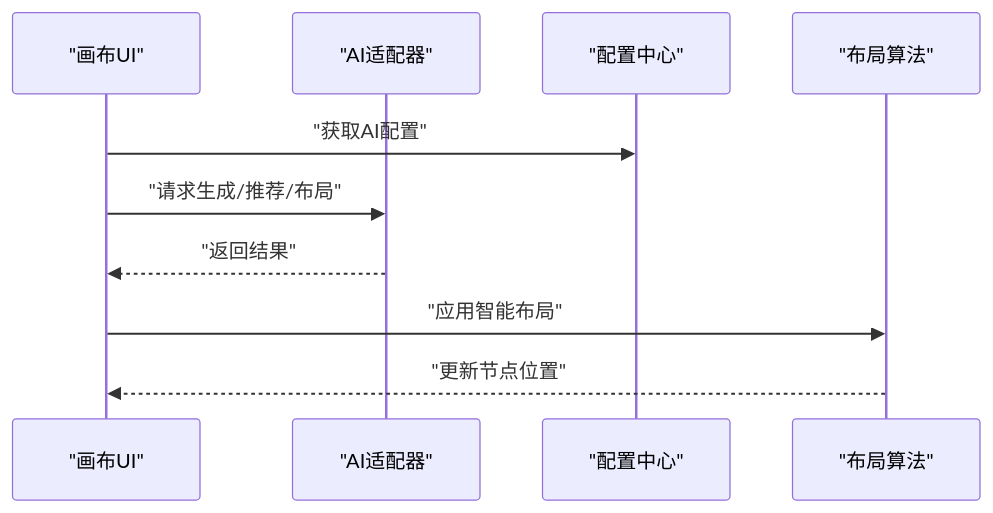
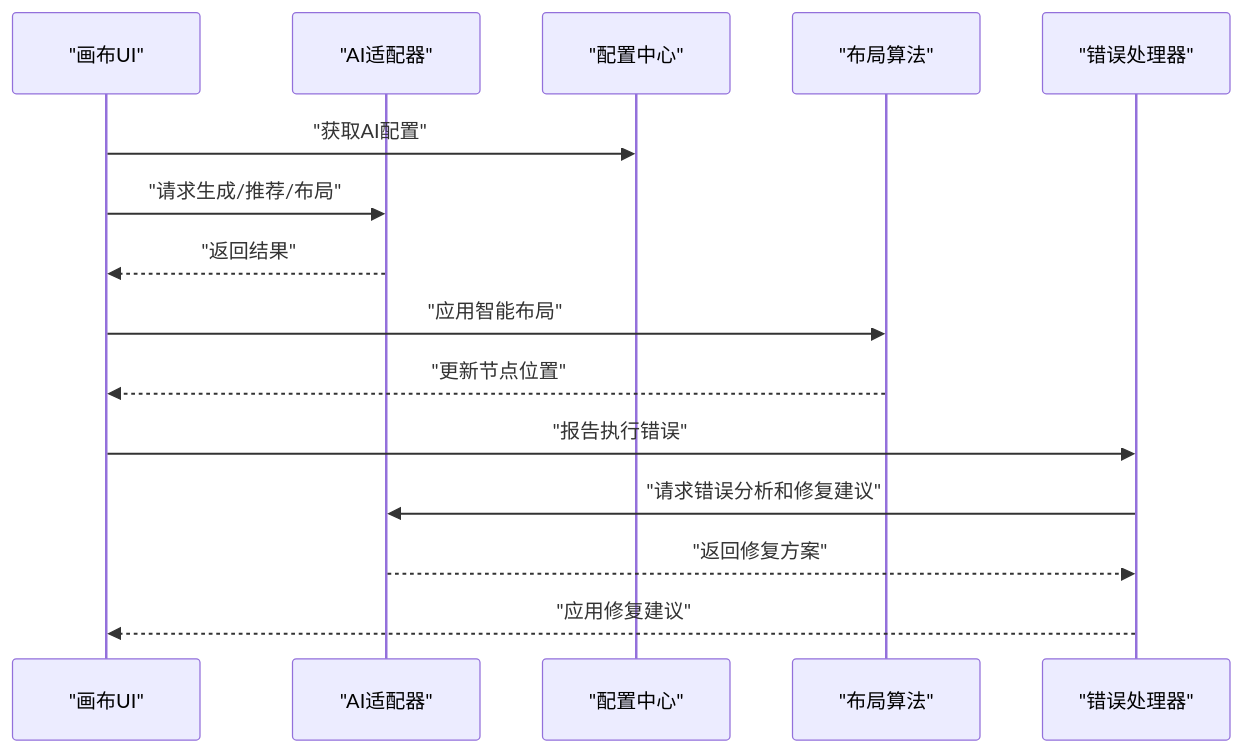
Diagram 13 of 15 in .qoder/repowiki/zh/content/画布编辑器/画布编辑器.md (scottcwy/PurpleInk), drawn with Mermaid before and after one commit. The commit also changed other lines of this file and 109 other files, not shown here.

````diff
--- a/.qoder/repowiki/zh/content/画布编辑器/画布编辑器.md
+++ b/.qoder/repowiki/zh/content/画布编辑器/画布编辑器.md
@@ -482,12 +639,17 @@
 ```mermaid
 sequenceDiagram
 participant UI as "画布UI"
 participant AI as "AI适配器"
 participant Config as "配置中心"
 participant Layout as "布局算法"
+participant ErrorHandler as "错误处理器"
 UI->>Config : "获取AI配置"
 UI->>AI : "请求生成/推荐/布局"
 AI-->>UI : "返回结果"
 UI->>Layout : "应用智能布局"
 Layout-->>UI : "更新节点位置"
+UI->>ErrorHandler : "报告执行错误"
+ErrorHandler->>AI : "请求错误分析和修复建议"
+AI-->>ErrorHandler : "返回修复方案"
+ErrorHandler-->>UI : "应用修复建议"
 ```
````
